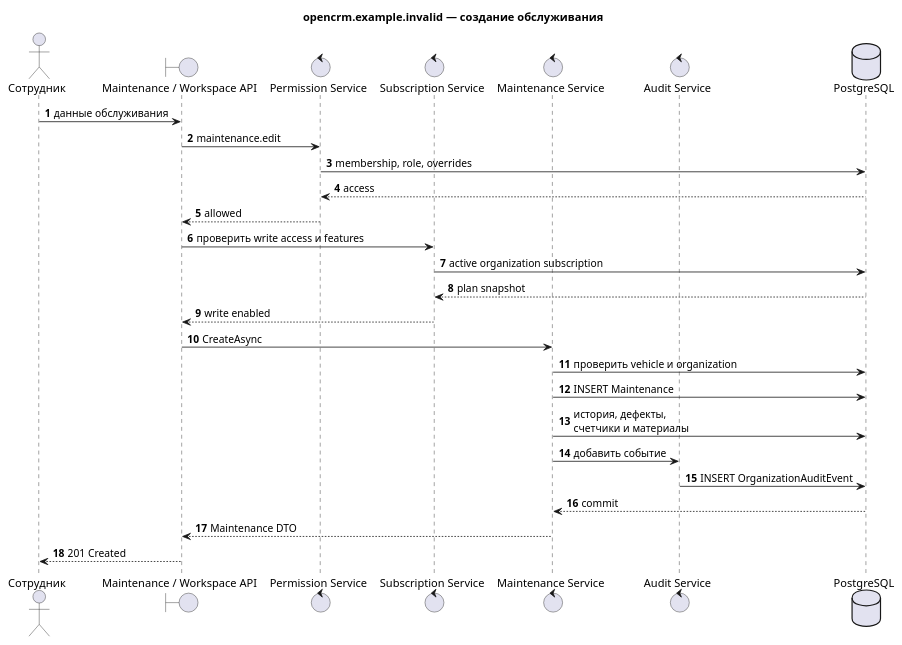
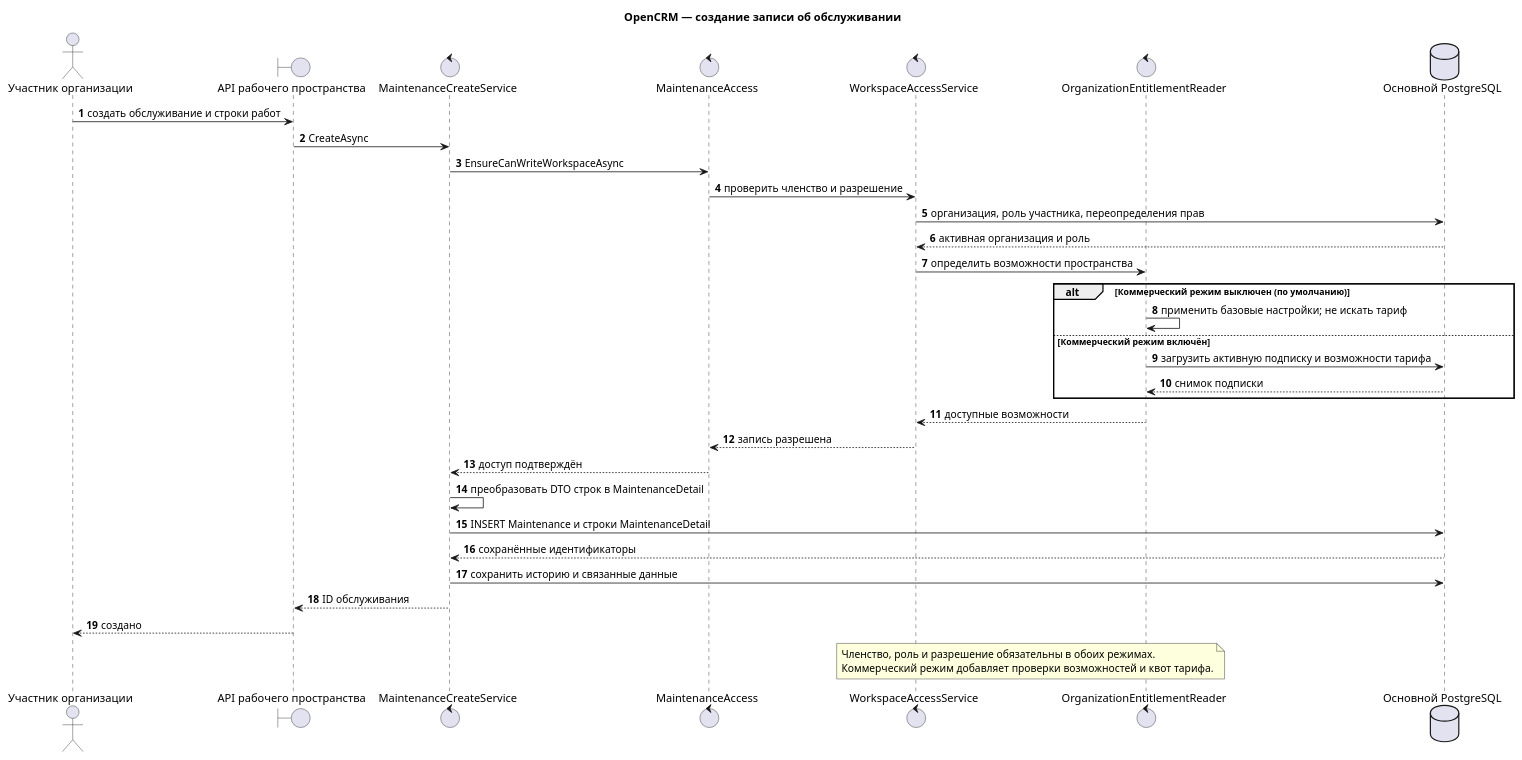
Before and after one commit to eddchervov/OpenCRM: the diagram in docs/uml/maintenance-sequence.ru.puml, drawn with PlantUML. The commit also changed 61 other files, not shown here.

Commit message:
Align bilingual guides and diagrams with the CRM core

```diff
--- a/docs/uml/maintenance-sequence.ru.puml
+++ b/docs/uml/maintenance-sequence.ru.puml
@@ -1,34 +1,42 @@
 @startuml maintenance_sequence
-title opencrm.example.invalid — создание обслуживания
+title OpenCRM — создание записи об обслуживании
 
 autonumber
-actor "Сотрудник" as Employee
-boundary "Maintenance / Workspace API" as Api
-control "Permission Service" as Permission
-control "Subscription Service" as Subscription
-control "Maintenance Service" as Maintenance
-control "Audit Service" as Audit
-database "PostgreSQL" as Db
+actor "Участник организации" as User
+boundary "API рабочего пространства" as Api
+control "MaintenanceCreateService" as Create
+control "MaintenanceAccess" as Access
+control "WorkspaceAccessService" as Workspace
+control "OrganizationEntitlementReader" as Entitlements
+database "Основной PostgreSQL" as Db
 
-Employee -> Api : данные обслуживания
-Api -> Permission : maintenance.edit
-Permission -> Db : membership, role, overrides
-Db --> Permission : access
-Permission --> Api : allowed
+User -> Api : создать обслуживание и строки работ
+Api -> Create : CreateAsync
+Create -> Access : EnsureCanWriteWorkspaceAsync
+Access -> Workspace : проверить членство и разрешение
+Workspace -> Db : организация, роль участника, переопределения прав
+Db --> Workspace : активная организация и роль
+Workspace -> Entitlements : определить возможности пространства
+alt Коммерческий режим выключен (по умолчанию)
+  Entitlements -> Entitlements : применить базовые настройки; не искать тариф
+else Коммерческий режим включён
+  Entitlements -> Db : загрузить активную подписку и возможности тарифа
+  Db --> Entitlements : снимок подписки
+end
+Entitlements --> Workspace : доступные возможности
+Workspace --> Access : запись разрешена
+Access --> Create : доступ подтверждён
 
-Api -> Subscription : проверить write access и features
-Subscription -> Db : active organization subscription
-Db --> Subscription : plan snapshot
-Subscription --> Api : write enabled
+Create -> Create : преобразовать DTO строк в MaintenanceDetail
+Create -> Db : INSERT Maintenance и строки MaintenanceDetail
+Db --> Create : сохранённые идентификаторы
+Create -> Db : сохранить историю и связанные данные
+Create --> Api : ID обслуживания
+Api --> User : создано
 
-Api -> Maintenance : CreateAsync
-Maintenance -> Db : проверить vehicle и organization
-Maintenance -> Db : INSERT Maintenance
-Maintenance -> Db : история, дефекты,\nсчетчики и материалы
-Maintenance -> Audit : добавить событие
-Audit -> Db : INSERT OrganizationAuditEvent
-Db --> Maintenance : commit
-Maintenance --> Api : Maintenance DTO
-Api --> Employee : 201 Created
+note over Workspace,Entitlements
+  Членство, роль и разрешение обязательны в обоих режимах.
+  Коммерческий режим добавляет проверки возможностей и квот тарифа.
+end note
 
 @enduml
```
